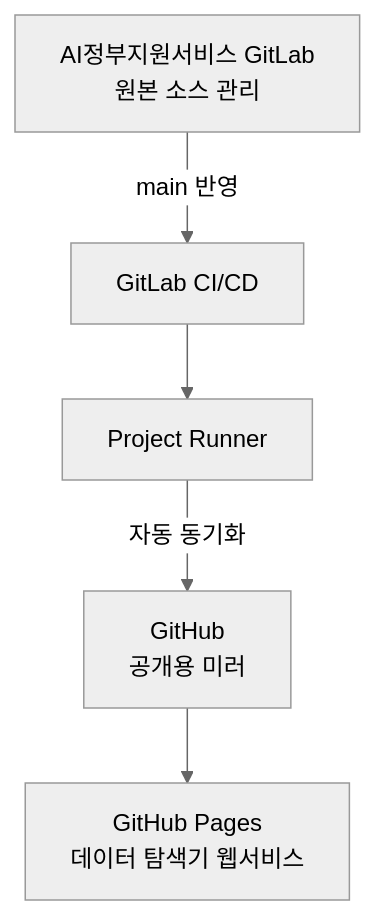
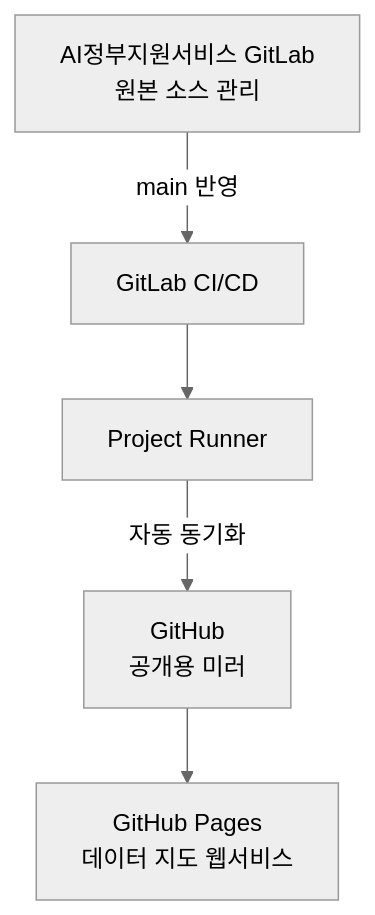
Before and after one commit to pinkshark1/kspo_data_explorer: the fifth of 5 diagrams in README.md, drawn with Mermaid (neutral theme). The commit also changed other lines of this file and 43 other files, not shown here.

````diff
--- a/README.md
+++ b/README.md
@@ -182,7 +245,7 @@
 ```mermaid
 flowchart TB
     A[AI정부지원서비스 GitLab<br/>원본 소스 관리] -->|main 반영| B[GitLab CI/CD]
     B --> C[Project Runner]
     C -->|자동 동기화| D[GitHub<br/>공개용 미러]
-    D --> E[GitHub Pages<br/>데이터 탐색기 웹서비스]
+    D --> E[GitHub Pages<br/>데이터 지도 웹서비스]
 ```
````
